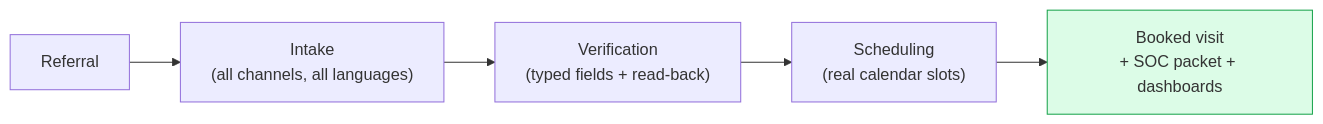
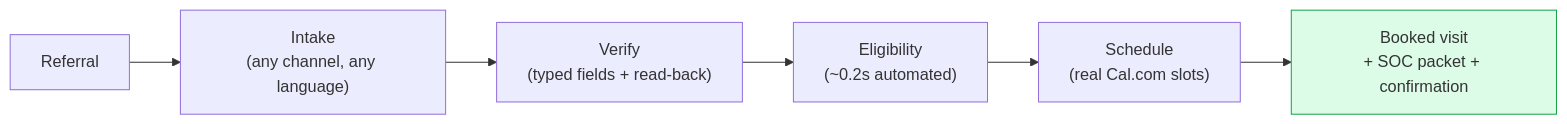
Before and after one commit to roshaninfordham/intakecare-ai: the first of 5 diagrams in README.md, drawn with Mermaid. The commit also changed other lines of this file and 1 other file, not shown here.

First line of the commit message:
docs: reframe README + DEVPOST around Arya's start-of-care intake thesis with sourced market stats

````diff
--- a/README.md
+++ b/README.md
@@ -28,5 +66,5 @@
 ```mermaid
 flowchart LR
-    R["Referral"] --> I["Intake<br/>(all channels, all languages)"] --> V["Verification<br/>(typed fields + read-back)"] --> S["Scheduling<br/>(real calendar slots)"] --> B["Booked visit<br/>+ SOC packet + dashboards"]
+    R["Referral"] --> I["Intake<br/>(any channel, any language)"] --> V["Verify<br/>(typed fields + read-back)"] --> E["Eligibility<br/>(~0.2s automated)"] --> S["Schedule<br/>(real Cal.com slots)"] --> B["Booked visit<br/>+ SOC packet + confirmation"]
     style B fill:#dcfce7,stroke:#16a34a
 ```
````
